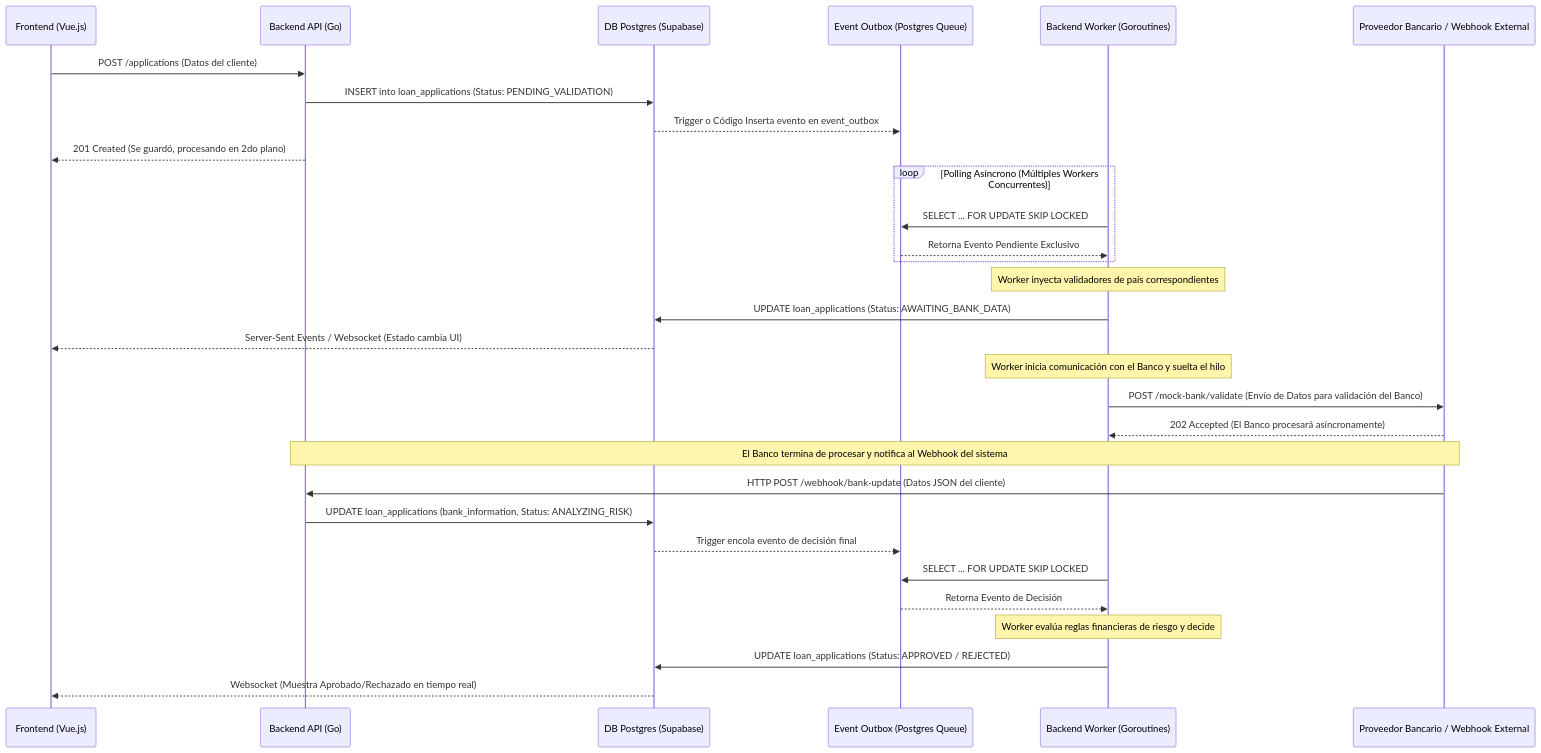
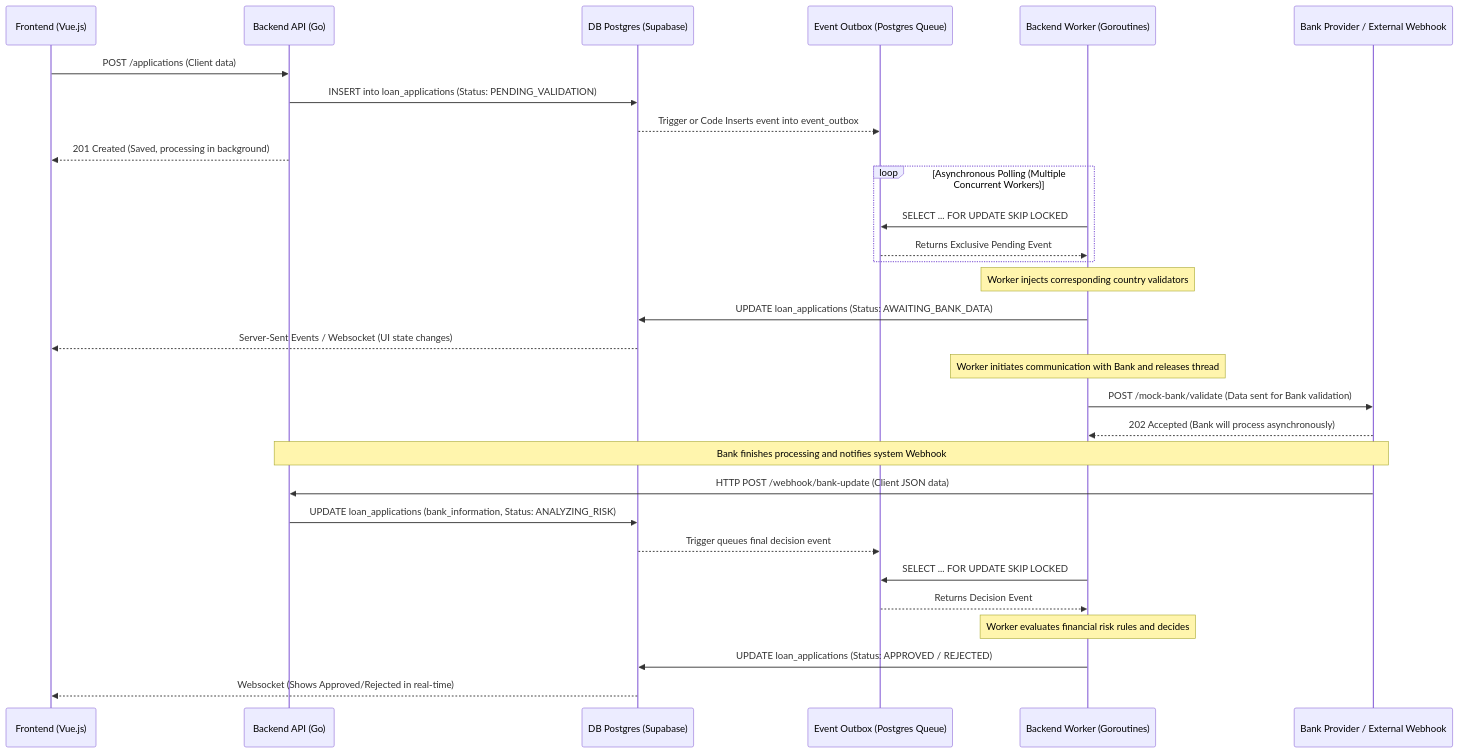
The diagram in PRD.md (EnmanuelAlx/globaltask-bank), drawn with Mermaid before and after one commit. The commit also changed other lines of this file and 3 other files, not shown here.

````diff
--- a/PRD.md
+++ b/PRD.md
@@ -151,44 +151,44 @@
 ```mermaid
 sequenceDiagram
     participant Frontend as Frontend (Vue.js)
     participant API as Backend API (Go)
     participant DB as DB Postgres (Supabase)
     participant EventBus as Event Outbox (Postgres Queue)
     participant Worker as Backend Worker (Goroutines)
-    participant BankMock as Proveedor Bancario / Webhook External
+    participant BankMock as Bank Provider / External Webhook
 
-    %% 1. Creación de Solicitud (Síncrono Rápido)
-    Frontend->>API: POST /applications (Datos del cliente)
+    %% 1. Application Creation (Fast Synchronous)
+    Frontend->>API: POST /applications (Client data)
     API->>DB: INSERT into loan_applications (Status: PENDING_VALIDATION)
-    DB-->>EventBus: Trigger o Código Inserta evento en event_outbox
-    API-->>Frontend: 201 Created (Se guardó, procesando en 2do plano)
+    DB-->>EventBus: Trigger or Code Inserts event into event_outbox
+    API-->>Frontend: 201 Created (Saved, processing in background)
 
-    %% 2. Procesamiento Asíncrono en Paralelo
-    loop Polling Asíncrono (Múltiples Workers Concurrentes)
+    %% 2. Parallel Asynchronous Processing
+    loop Asynchronous Polling (Multiple Concurrent Workers)
         Worker->>EventBus: SELECT ... FOR UPDATE SKIP LOCKED
-        EventBus-->>Worker: Retorna Evento Pendiente Exclusivo
+        EventBus-->>Worker: Returns Exclusive Pending Event
     end
 
-    %% 3. Validaciones y Notificaciones en Tiempo Real
-    Note over Worker: Worker inyecta validadores de país correspondientes
+    %% 3. Real-Time Validations and Notifications
+    Note over Worker: Worker injects corresponding country validators
     Worker->>DB: UPDATE loan_applications (Status: AWAITING_BANK_DATA)
-    DB-->>Frontend: Server-Sent Events / Websocket (Estado cambia UI)
+    DB-->>Frontend: Server-Sent Events / Websocket (UI state changes)
 
-    %% 4. Integración y Webhooks (Mock)
-    Note over Worker: Worker inicia comunicación con el Banco y suelta el hilo
-    Worker->>BankMock: POST /mock-bank/validate (Envío de Datos para validación del Banco)
-    BankMock-->>Worker: 202 Accepted (El Banco procesará asíncronamente)
+    %% 4. Integration and Webhooks (Mock)
+    Note over Worker: Worker initiates communication with Bank and releases thread
+    Worker->>BankMock: POST /mock-bank/validate (Data sent for Bank validation)
+    BankMock-->>Worker: 202 Accepted (Bank will process asynchronously)
 
-    %% 5. Llegada del Webhook del Banco
-    Note over BankMock,API: El Banco termina de procesar y notifica al Webhook del sistema
-    BankMock->>API: HTTP POST /webhook/bank-update (Datos JSON del cliente)
+    %% 5. Bank Webhook Arrival
+    Note over BankMock,API: Bank finishes processing and notifies system Webhook
+    BankMock->>API: HTTP POST /webhook/bank-update (Client JSON data)
     API->>DB: UPDATE loan_applications (bank_information, Status: ANALYZING_RISK)
-    DB-->>EventBus: Trigger encola evento de decisión final
+    DB-->>EventBus: Trigger queues final decision event
 
-    %% 6. Decisión Final Asíncrona
+    %% 6. Asynchronous Final Decision
     Worker->>EventBus: SELECT ... FOR UPDATE SKIP LOCKED
-    EventBus-->>Worker: Retorna Evento de Decisión
-    Note over Worker: Worker evalúa reglas financieras de riesgo y decide
+    EventBus-->>Worker: Returns Decision Event
+    Note over Worker: Worker evaluates financial risk rules and decides
     Worker->>DB: UPDATE loan_applications (Status: APPROVED / REJECTED)
-    DB-->>Frontend: Websocket (Muestra Aprobado/Rechazado en tiempo real)
+    DB-->>Frontend: Websocket (Shows Approved/Rejected in real-time)
 ```
````
